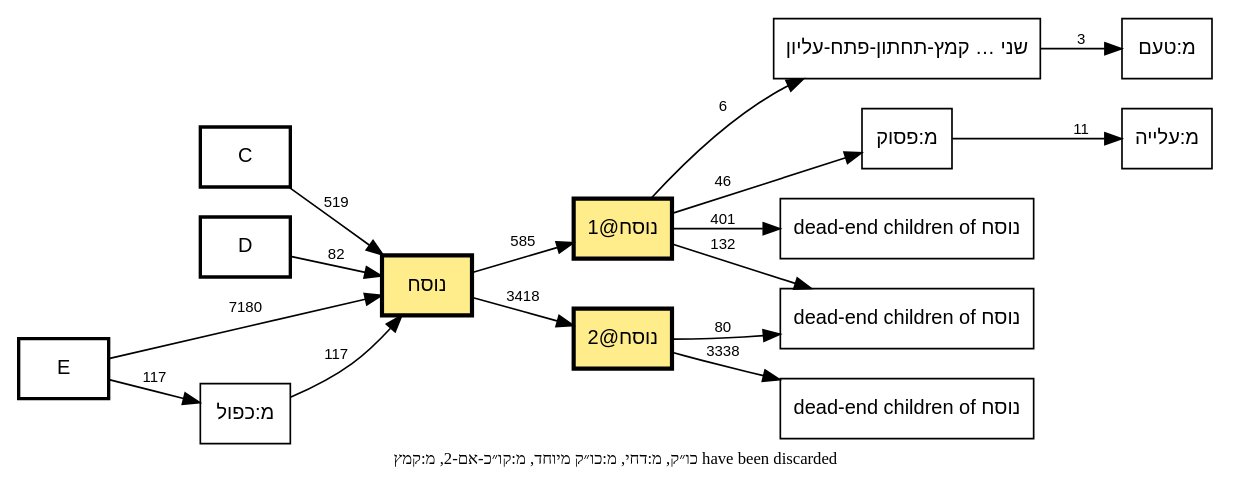
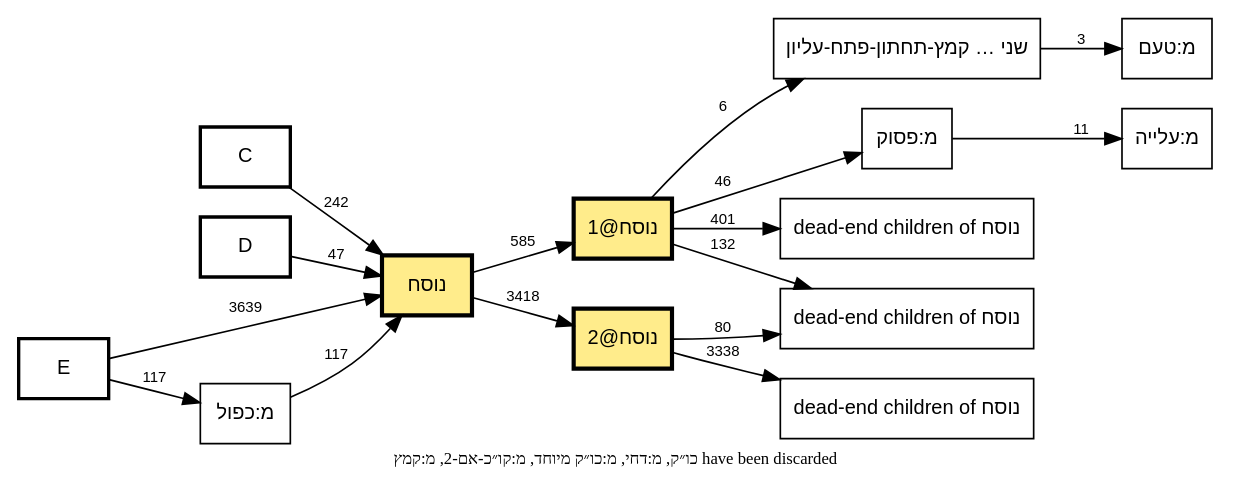
The diagram in out/tmpl-survey-plain/plain-docnote-call-graph.dot (bdenckla/MAM-basics), drawn with Graphviz before and after one commit. The commit also changed 13 other files, not shown here.

```diff
--- a/out/tmpl-survey-plain/plain-docnote-call-graph.dot
+++ b/out/tmpl-survey-plain/plain-docnote-call-graph.dot
@@ -1,73 +1,73 @@
 // This file was generated by MAM-basics/py/main_tmpl_survey.py.
 // Do not edit by hand.
 digraph template_call_graph {
     rankdir=LR;
     node [fontname="SBL Hebrew,Helvetica", fontsize=12];
     edge [fontname="Helvetica", fontsize=9];
     graph [comment="This file was generated by MAM-basics/py/main_tmpl_survey.py."];
 
     // Column nodes
     node [shape=box, style=bold];
     "C";
     "D";
     "E";
 
     // Template nodes
     node [shape=box, style=""];
     "dead-end children of נוסח" [tooltip="גלגל-2
 מ:אות-ג
 מ:אות-ק
 מ:גרש ותלישא גדולה
 מ:גרשיים ותלישא גדולה
 מ:ירושלם
 מ:לגרמיה-2
 מ:פסק"];
     "dead-end children of נוסח (2)" [label="dead-end children of נוסח", tooltip="כתיב ולא קרי
 מ:אות מנוקדת
 מ:אין פרשה בתחילת פרק
 מ:אין פרשה בתחילת פרק בספרי אמ״ת
 מ:טעם ומתג באות אחת
 מ:כל קמץ קטן מרכא
 מ:מקף אפור
 מ:נו״ן הפוכה
 מ:סיום בטוב
 מ:צינור
 סס
 ססס
 פפ
 פפפ
 קו״כ
 קרי ולא כתיב
 ר0
 ר1
 ר3
 ר4"];
     "dead-end children of נוסח (3)" [label="dead-end children of נוסח", tooltip="מ:קישור בהערה
 מ:קישור פנימי בהערה
 מודגש
 ש"];
     "נוסח" [fillcolor="lightgoldenrod1", style="filled", penwidth=2.5];
     "נוסח@1" [fillcolor="lightgoldenrod1", style="filled", penwidth=2.5];
     "נוסח@2" [fillcolor="lightgoldenrod1", style="filled", penwidth=2.5];
     "שני טעמים באות אחת קמץ-תחתון-פתח-עליון" [label="שני … קמץ-תחתון-פתח-עליון", tooltip="שני טעמים באות אחת קמץ-תחתון-פתח-עליון"];
 
     // Note
     graph [label="כו״ק, מ:דחי, מ:כו״ק מיוחד, מ:קו״כ-אם-2, מ:קמץ have been discarded", labelloc=b, fontsize=10];
 
     // Edges
-    "C" -> "נוסח" [label="519"];
-    "D" -> "נוסח" [label="82"];
+    "C" -> "נוסח" [label="242"];
+    "D" -> "נוסח" [label="47"];
     "E" -> "מ:כפול" [label="117"];
-    "E" -> "נוסח" [label="7180"];
+    "E" -> "נוסח" [label="3639"];
     "מ:כפול" -> "נוסח" [label="117"];
     "מ:פסוק" -> "מ:עלייה" [label="11"];
     "נוסח" -> "נוסח@1" [label="585"];
     "נוסח" -> "נוסח@2" [label="3418"];
     "נוסח@1" -> "dead-end children of נוסח" [label="132"];
     "נוסח@1" -> "dead-end children of נוסח (2)" [label="401"];
     "נוסח@1" -> "מ:פסוק" [label="46"];
     "נוסח@1" -> "שני טעמים באות אחת קמץ-תחתון-פתח-עליון" [label="6"];
     "נוסח@2" -> "dead-end children of נוסח" [label="80"];
     "נוסח@2" -> "dead-end children of נוסח (3)" [label="3338"];
     "שני טעמים באות אחת קמץ-תחתון-פתח-עליון" -> "מ:טעם" [label="3"];
 }
```
